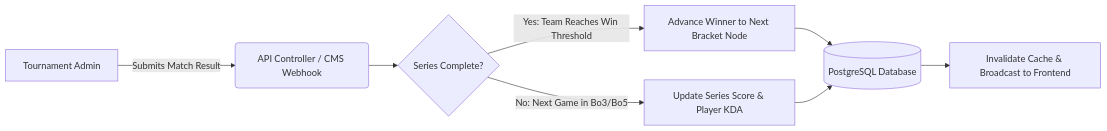
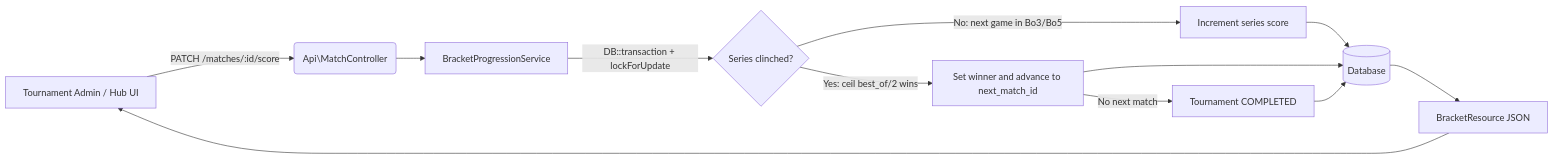
One commit to Wishprogram01/E-sport-Tournament-Hub changed the first of 2 diagrams in README.md. Above: the diagram before and after it, drawn with Mermaid. The commit also changed other lines of this file and 81 other files, not shown here.

Commit message:
Build NexusArena esports tournament hub (Laravel + Tailwind + Alpine)

````diff
--- a/README.md
+++ b/README.md
@@ -37,10 +40,13 @@
 ```mermaid
 graph LR
-    A[Tournament Admin] -->|Submits Match Result| B(API Controller / CMS Webhook)
-    B --> C{Series Complete?}
-    C -->|Yes: Team Reaches Win Threshold| D[Advance Winner to Next Bracket Node]
-    C -->|No: Next Game in Bo3/Bo5| E[Update Series Score & Player KDA]
-    D --> F[(PostgreSQL Database)]
-    E --> F
-    F --> G[Invalidate Cache & Broadcast to Frontend]
+    A[Tournament Admin / Hub UI] -->|PATCH /matches/:id/score| B(Api\MatchController)
+    B --> C[BracketProgressionService]
+    C -->|DB::transaction + lockForUpdate| D{Series clinched?}
+    D -->|No: next game in Bo3/Bo5| E[Increment series score]
+    D -->|Yes: ceil best_of/2 wins| F[Set winner and advance to next_match_id]
+    F -->|No next match| G[Tournament COMPLETED]
+    E --> H[(Database)]
+    F --> H
+    G --> H
+    H --> I[BracketResource JSON] --> A
 ```
````
